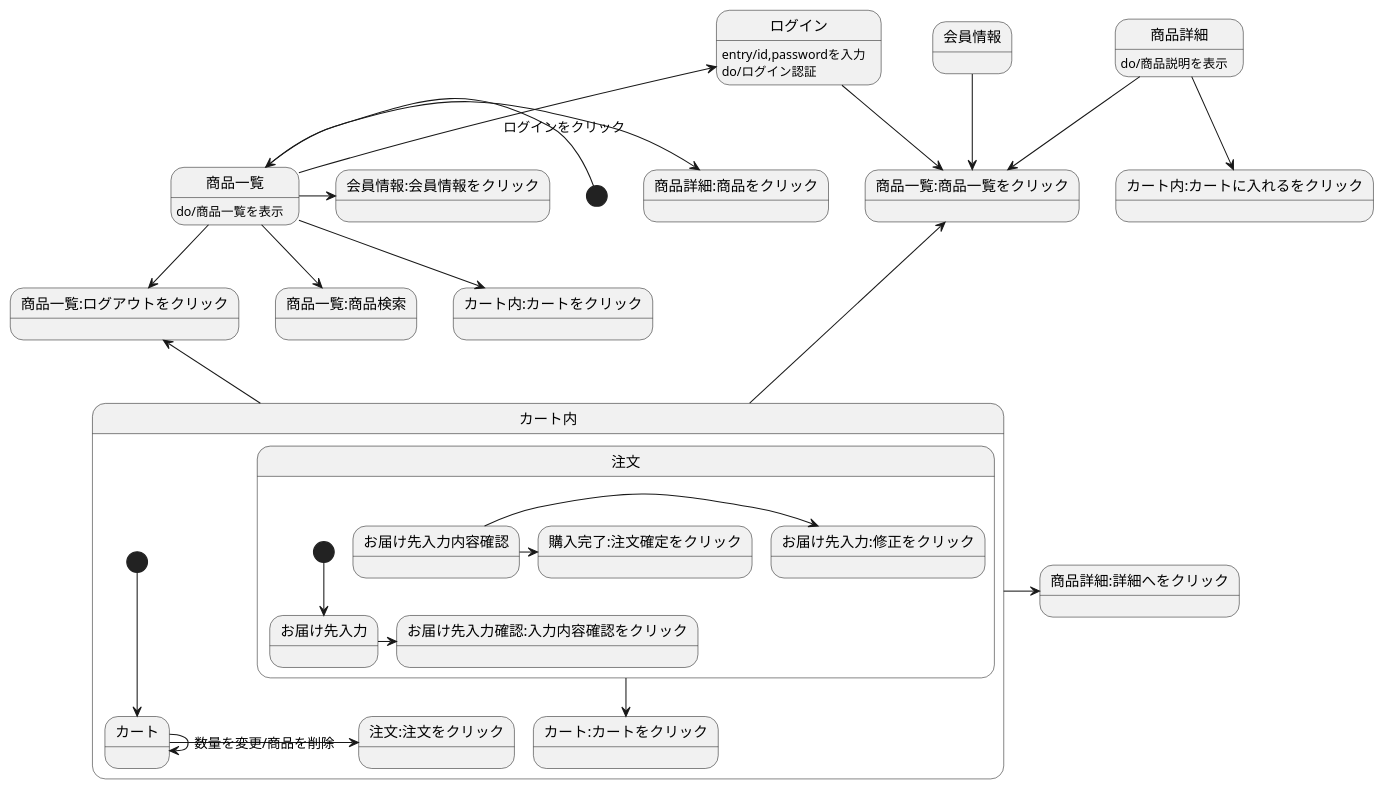
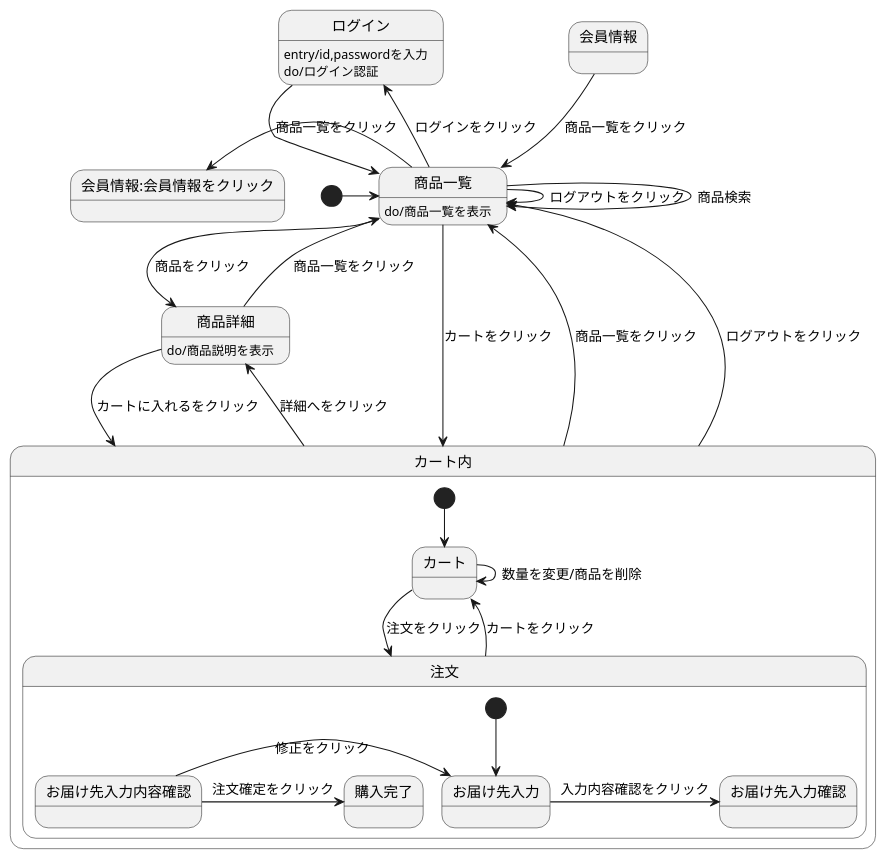
The diagram in stm01.md (Aso2001160/2021sys-design), drawn with PlantUML before and after one commit.

````diff
--- a/stm01.md
+++ b/stm01.md
@@ -1,35 +1,35 @@
 ```uml
 @startuml
 [*] -> 商品一覧
-会員情報-->商品一覧:商品一覧をクリック
-ログイン-->商品一覧:商品一覧をクリック
+会員情報-->商品一覧 :商品一覧をクリック
+ログイン-->商品一覧 :商品一覧をクリック
 ログイン:entry/id,passwordを入力
 ログイン:do/ログイン認証
-商品一覧 --> 商品一覧:ログアウトをクリック
-商品一覧-->商品一覧:商品検索
-商品一覧->商品詳細:商品をクリック
+商品一覧 --> 商品一覧 :ログアウトをクリック
+商品一覧-->商品一覧 :商品検索
+商品一覧->商品詳細 :商品をクリック
 商品一覧 -left-> 会員情報:会員情報をクリック
 商品一覧 -up-> ログイン :ログインをクリック
-商品一覧 -->カート内:カートをクリック
+商品一覧 -->カート内 :カートをクリック
 商品一覧:do/商品一覧を表示
-商品詳細-->カート内:カートに入れるをクリック
-商品詳細-->商品一覧:商品一覧をクリック
+商品詳細-->カート内 :カートに入れるをクリック
+商品詳細-->商品一覧 :商品一覧をクリック
 商品詳細:do/商品説明を表示
-カート内 -up-> 商品一覧:商品一覧をクリック
-カート内 -up-> 商品一覧:ログアウトをクリック
-カート内->商品詳細:詳細へをクリック
+カート内 -up-> 商品一覧 :商品一覧をクリック
+カート内 -up-> 商品一覧 :ログアウトをクリック
+カート内->商品詳細 :詳細へをクリック
 
 state カート内{
 [*]-->カート
-カート->注文:注文をクリック
-カート->カート:数量を変更/商品を削除
-注文-->カート:カートをクリック
+カート->注文 :注文をクリック
+カート->カート :数量を変更/商品を削除
+注文-->カート :カートをクリック
   state 注文{
   [*]-->お届け先入力
-  お届け先入力->お届け先入力確認:入力内容確認をクリック
-  お届け先入力内容確認->お届け先入力:修正をクリック
-  お届け先入力内容確認->購入完了:注文確定をクリック
+  お届け先入力->お届け先入力確認 :入力内容確認をクリック
+  お届け先入力内容確認->お届け先入力 :修正をクリック
+  お届け先入力内容確認->購入完了 :注文確定をクリック
   }
 }
 @enduml
 ```
````
